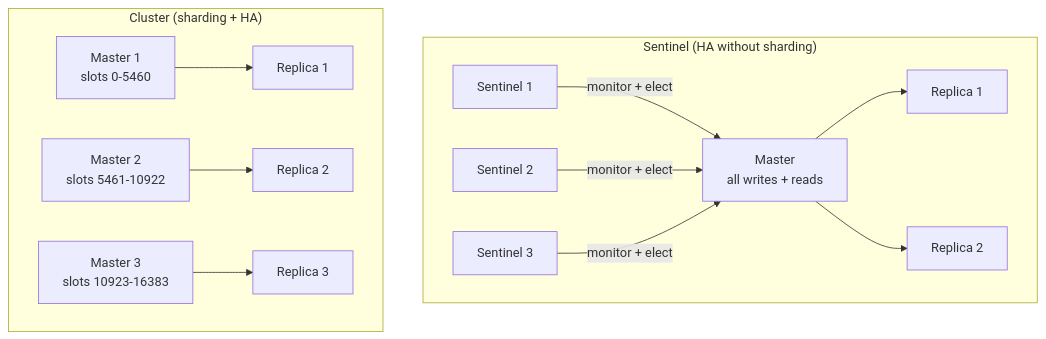
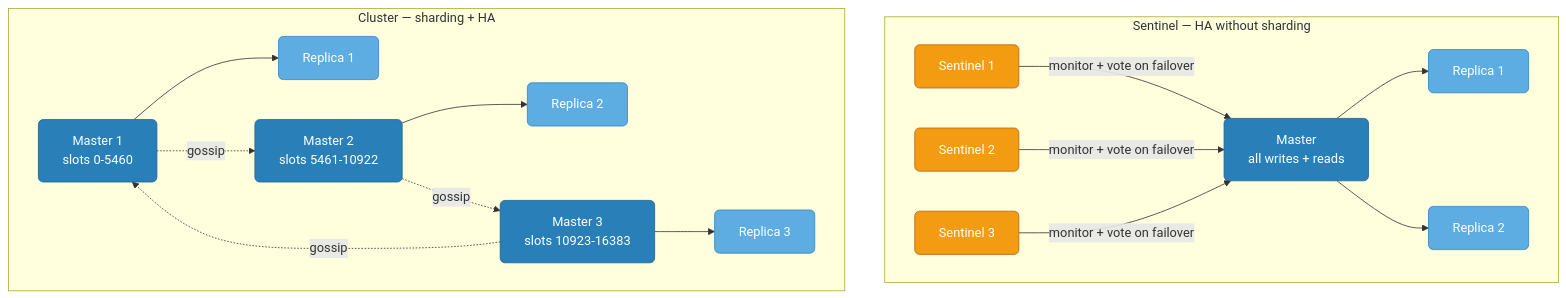
One commit to deepanshu-rawat6/DevOpsIndex changed the seventh of 9 diagrams in databases/redis-internals.md. Above: the diagram before and after it, drawn with Mermaid. The commit also changed other lines of this file and 7 other files, not shown here.

````diff
--- a/databases/redis-internals.md
+++ b/databases/redis-internals.md
@@ -213,14 +532,19 @@
 ```mermaid
 graph TD
-    subgraph "Sentinel (HA without sharding)"
-        SM["Master<br>all writes + reads"] --> SR1["Replica 1"]
-        SM --> SR2["Replica 2"]
-        SENT1["Sentinel 1"] & SENT2["Sentinel 2"] & SENT3["Sentinel 3"] -->|"monitor + elect"| SM
+    classDef master fill:#2980b9,stroke:#1f618d,color:#fff,rx:6
+    classDef replica fill:#5dade2,stroke:#2e86c1,color:#fff,rx:6
+    classDef sentinel fill:#f39c12,stroke:#ba6018,color:#fff,rx:6
+
+    subgraph SENT["Sentinel — HA without sharding"]
+        SM["Master<br/>all writes + reads"]:::master --> SR1["Replica 1"]:::replica
+        SM --> SR2["Replica 2"]:::replica
+        SENT1["Sentinel 1"]:::sentinel & SENT2["Sentinel 2"]:::sentinel & SENT3["Sentinel 3"]:::sentinel -->|"monitor + vote on failover"| SM
     end
 
-    subgraph "Cluster (sharding + HA)"
-        CM1["Master 1<br>slots 0-5460"] --> CR1["Replica 1"]
-        CM2["Master 2<br>slots 5461-10922"] --> CR2["Replica 2"]
-        CM3["Master 3<br>slots 10923-16383"] --> CR3["Replica 3"]
+    subgraph CLUS["Cluster — sharding + HA"]
+        CM1["Master 1<br/>slots 0-5460"]:::master --> CR1["Replica 1"]:::replica
+        CM2["Master 2<br/>slots 5461-10922"]:::master --> CR2["Replica 2"]:::replica
+        CM3["Master 3<br/>slots 10923-16383"]:::master --> CR3["Replica 3"]:::replica
+        CM1 -.->|"gossip"| CM2 -.->|"gossip"| CM3 -.->|"gossip"| CM1
     end
 ```
````
